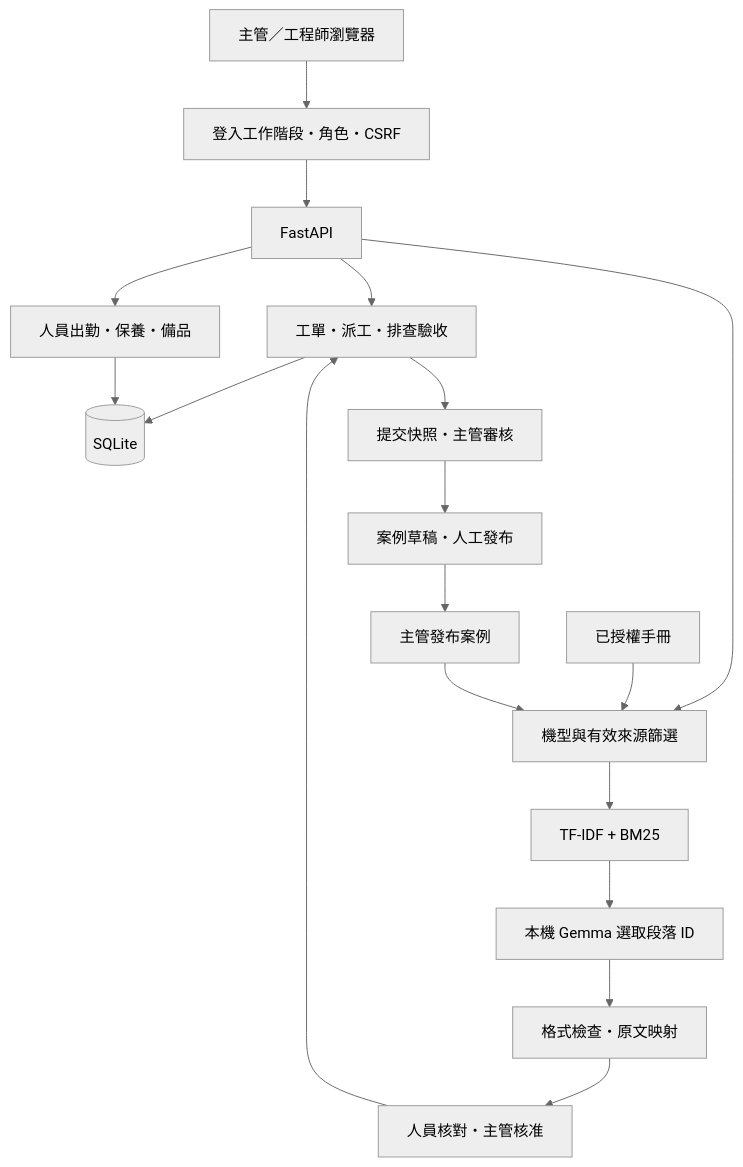
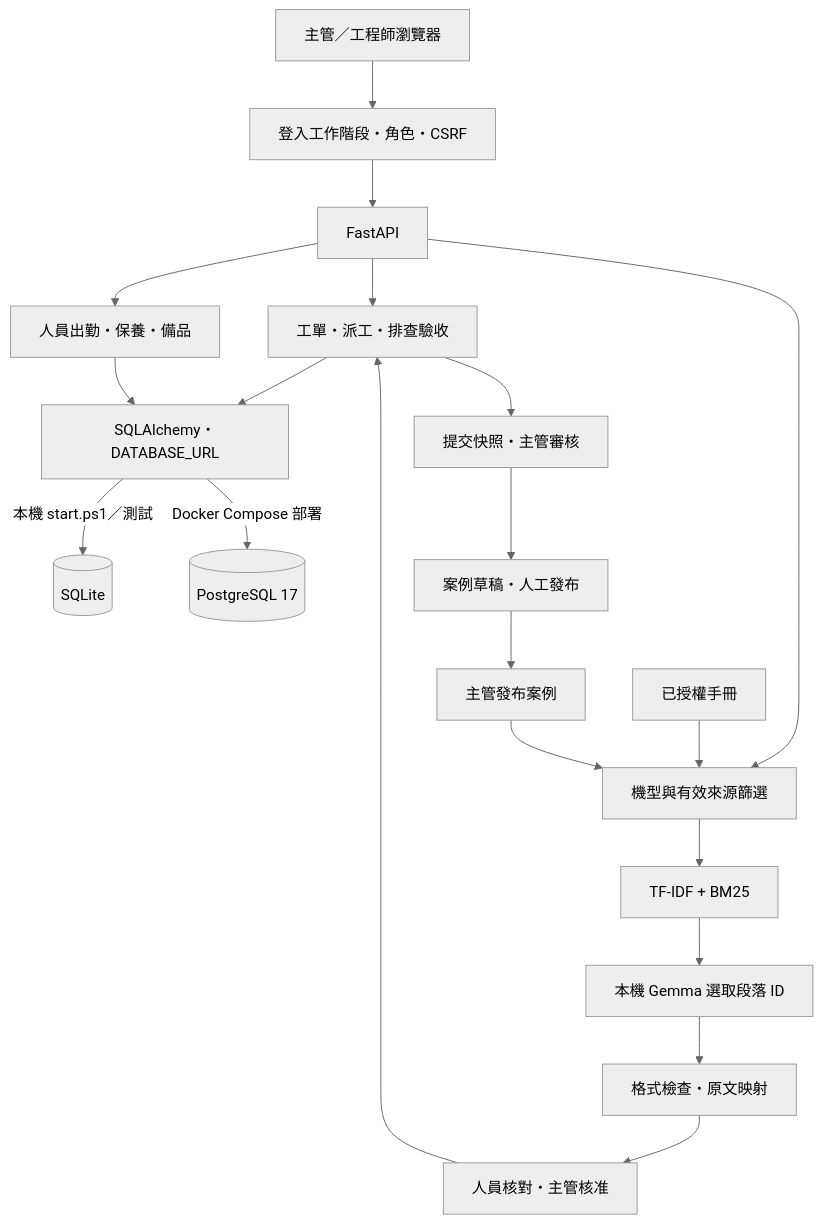
The third of 3 diagrams in README.md (mina201199/predictfix-ai-factory), drawn with Mermaid (neutral theme) before and after one commit. The commit also changed other lines of this file, not shown here.

````diff
--- a/README.md
+++ b/README.md
@@ -152,23 +160,25 @@
 ```mermaid
 flowchart TD
     UI[主管／工程師瀏覽器] --> AUTH[登入工作階段・角色・CSRF]
     AUTH --> API[FastAPI]
 
     API --> FLOW[工單・派工・排查驗收]
     API --> OPS[人員出勤・保養・備品]
-    FLOW --> DB[(SQLite)]
-    OPS --> DB
+    FLOW --> ORM[SQLAlchemy・DATABASE_URL]
+    OPS --> ORM
+    ORM -->|本機 start.ps1／測試| SQLITE[(SQLite)]
+    ORM -->|Docker Compose 部署| PG[(PostgreSQL 17)]
 
     API --> FILTER[機型與有效來源篩選]
     MAN[已授權手冊] --> FILTER
     CASE[主管發布案例] --> FILTER
     FILTER --> RET[TF-IDF + BM25]
     RET --> LLM[本機 Gemma 選取段落 ID]
     LLM --> CHECK[格式檢查・原文映射]
     CHECK --> HUMAN[人員核對・主管核准]
     HUMAN --> FLOW
 
     FLOW --> REVIEW[提交快照・主管審核]
     REVIEW --> DRAFT[案例草稿・人工發布]
     DRAFT --> CASE
 ```
````
